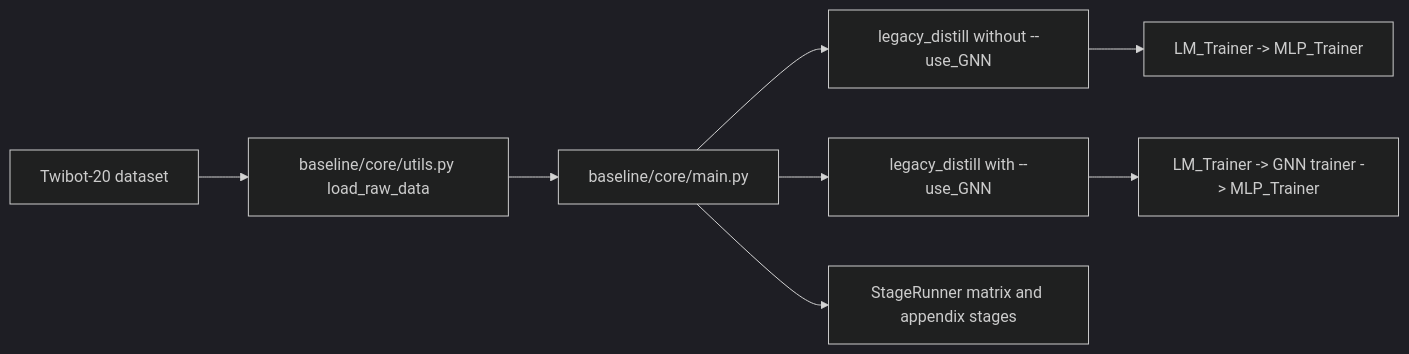
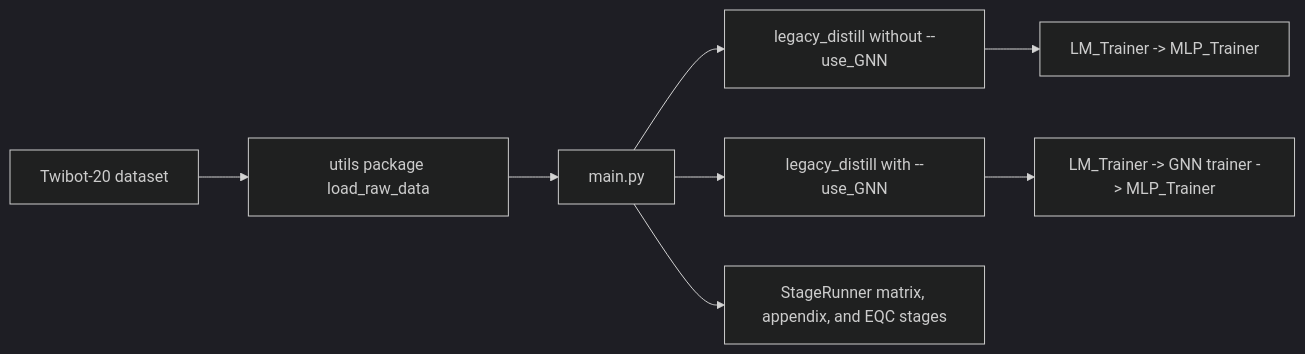
One commit to Pineapplee01/LLMbot changed the diagram in docs/ARCHITECTURE.md. Above: the diagram before and after it, drawn with Mermaid (dark theme). The commit also changed other lines of this file and 80 other files, not shown here.

````diff
--- a/docs/ARCHITECTURE.md
+++ b/docs/ARCHITECTURE.md
@@ -17,10 +17,10 @@
 ```mermaid
 graph LR
-    A["Twibot-20 dataset"] --> B["baseline/core/utils.py load_raw_data"]
-    B --> C["baseline/core/main.py"]
+    A["Twibot-20 dataset"] --> B["utils package load_raw_data"]
+    B --> C["main.py"]
     C --> D["legacy_distill without --use_GNN"]
     C --> E["legacy_distill with --use_GNN"]
     D --> F["LM_Trainer -> MLP_Trainer"]
     E --> G["LM_Trainer -> GNN trainer -> MLP_Trainer"]
-    C --> H["StageRunner matrix and appendix stages"]
+    C --> H["StageRunner matrix, appendix, and EQC stages"]
 ```
````
